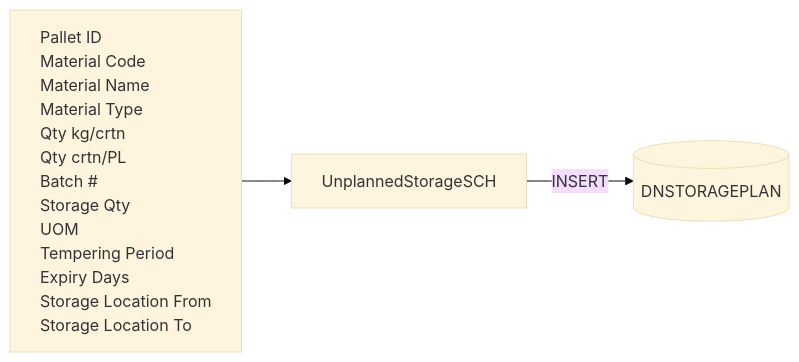
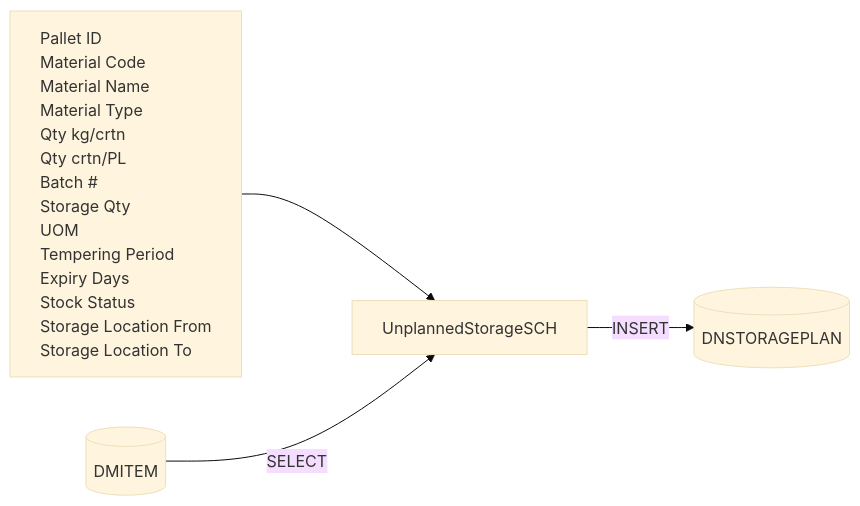
Before and after one commit to luthfiadityaa/SimeDarby-Wiki: the diagram in Basic-Design/DFD-WMS/Storage/[SCREEN]-Unplanned-Storage.md, drawn with Mermaid (base theme). The commit also changed other lines of this file, not shown here.

```diff
--- a/Basic-Design/DFD-WMS/Storage/[SCREEN]-Unplanned-Storage.md
+++ b/Basic-Design/DFD-WMS/Storage/[SCREEN]-Unplanned-Storage.md
@@ -33,29 +33,35 @@
 ::: mermaid
 flowchart LR
     input[
         Pallet ID
         Material Code
         Material Name
         Material Type
         Qty kg/crtn
         Qty crtn/PL
         Batch #
         Storage Qty
         UOM
         Tempering Period
         Expiry Days
+        Stock Status
         Storage Location From
         Storage Location To        
     ]
 
     tableList-insert[("
         DNSTORAGEPLAN
     ")]
 
+    tableList-select[("
+        DMITEM
+    ")]
+
     className[UnplannedStorageSCH]
 
     input --> className --> |INSERT| tableList-insert
-	
+    tableList-select --> |SELECT| className
+
     classDef leftAlign text-align:left;
     class input leftAlign;
 :::
```
